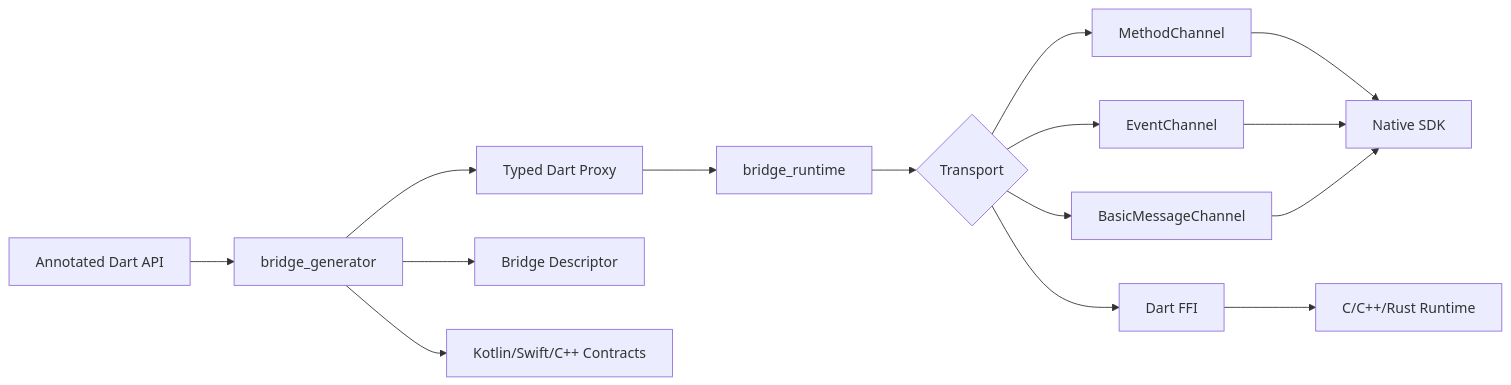
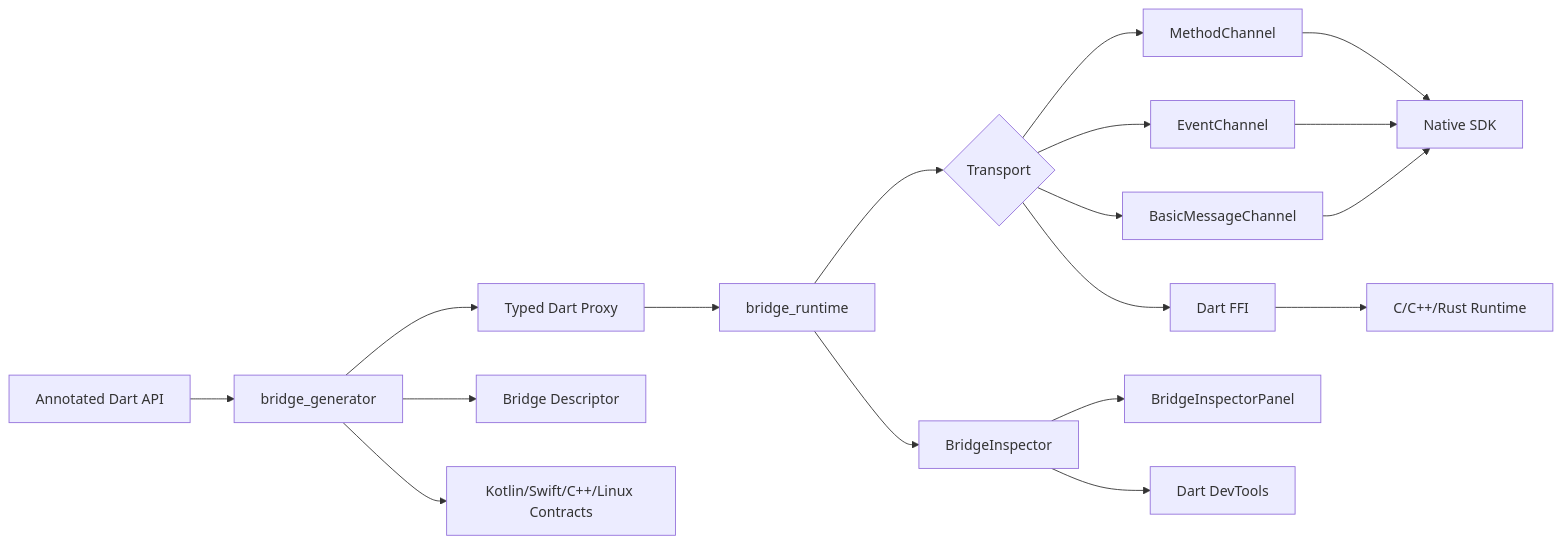
The diagram in README.md (Anu-Code07/flutter-native-bridge), drawn with Mermaid before and after one commit. The commit also changed other lines of this file and 50 other files, not shown here.

````diff
--- a/README.md
+++ b/README.md
@@ -56,17 +63,20 @@
 ```mermaid
 flowchart LR
   A[Annotated Dart API] --> B[bridge_generator]
   B --> C[Typed Dart Proxy]
   B --> D[Bridge Descriptor]
-  B --> E[Kotlin/Swift/C++ Contracts]
+  B --> E[Kotlin/Swift/C++/Linux Contracts]
   C --> F[bridge_runtime]
   F --> G{Transport}
   G --> H[MethodChannel]
   G --> I[EventChannel]
   G --> J[BasicMessageChannel]
   G --> K[Dart FFI]
+  F --> N[BridgeInspector]
+  N --> O[BridgeInspectorPanel]
+  N --> P[Dart DevTools]
   H --> L[Native SDK]
   I --> L
   J --> L
   K --> M[C/C++/Rust Runtime]
 ```
````
